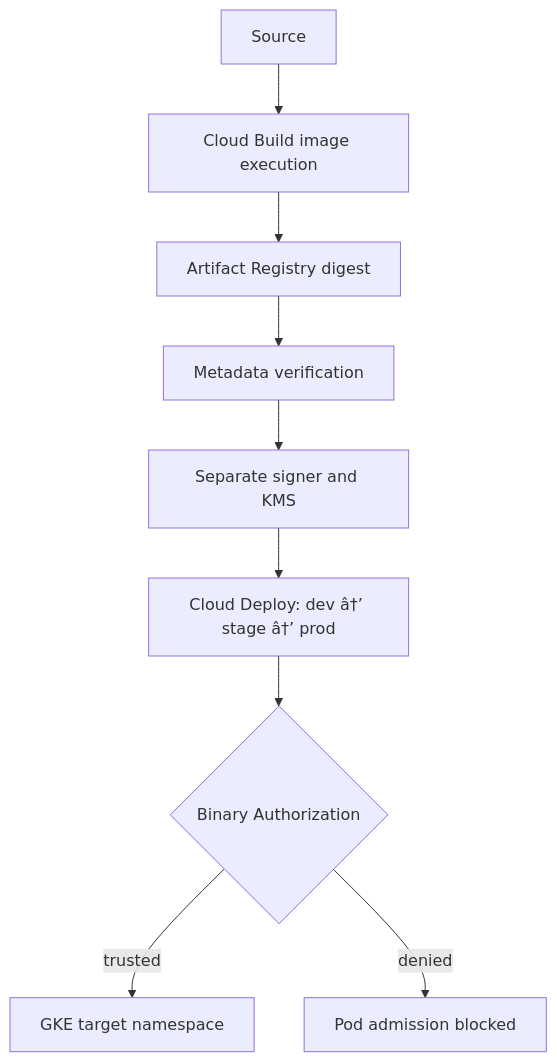
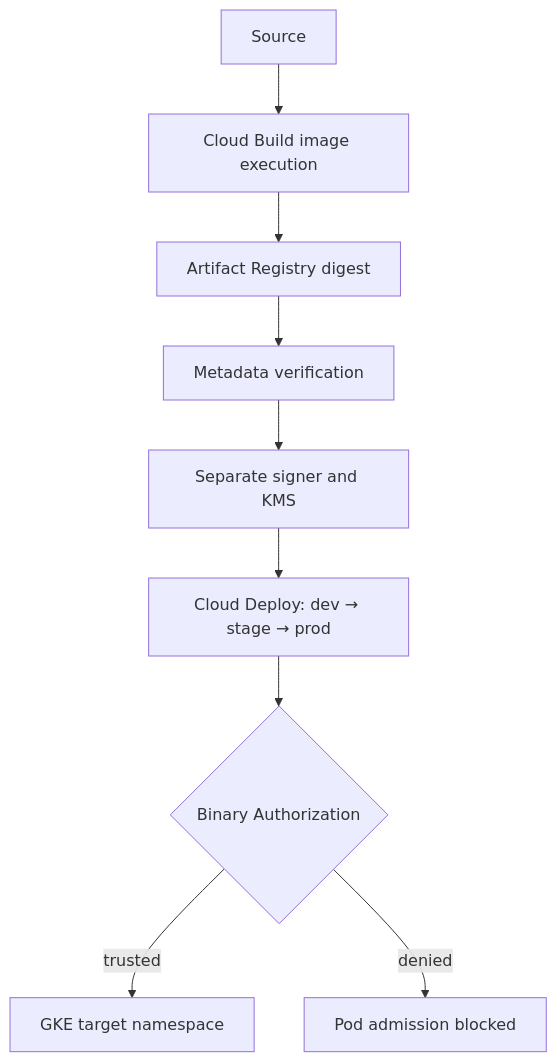
One commit to DimitryZH/secure-delivery-platform changed the diagram in README.md. Above: the diagram before and after it, drawn with Mermaid.

Commit message:
docs(readme): repair UTF-8 promotion arrows

````diff
--- a/README.md
+++ b/README.md
@@ -5,11 +5,11 @@
 ```mermaid
 flowchart TB
     Source[Source] --> Build[Cloud Build image execution]
     Build --> Registry[Artifact Registry digest]
     Registry --> Verify[Metadata verification]
     Verify --> Sign[Separate signer and KMS]
-    Sign --> Deploy[Cloud Deploy: dev â†’ stage â†’ prod]
+    Sign --> Deploy[Cloud Deploy: dev → stage → prod]
     Deploy --> Admission{Binary Authorization}
     Admission -->|trusted| Runtime[GKE target namespace]
     Admission -->|denied| Blocked[Pod admission blocked]
 ```
````
